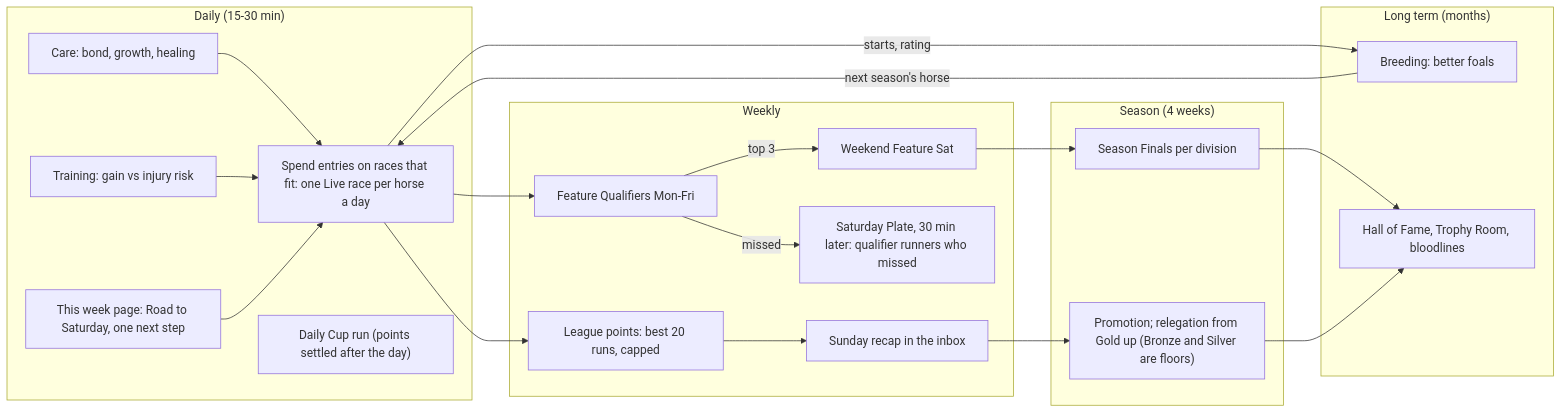
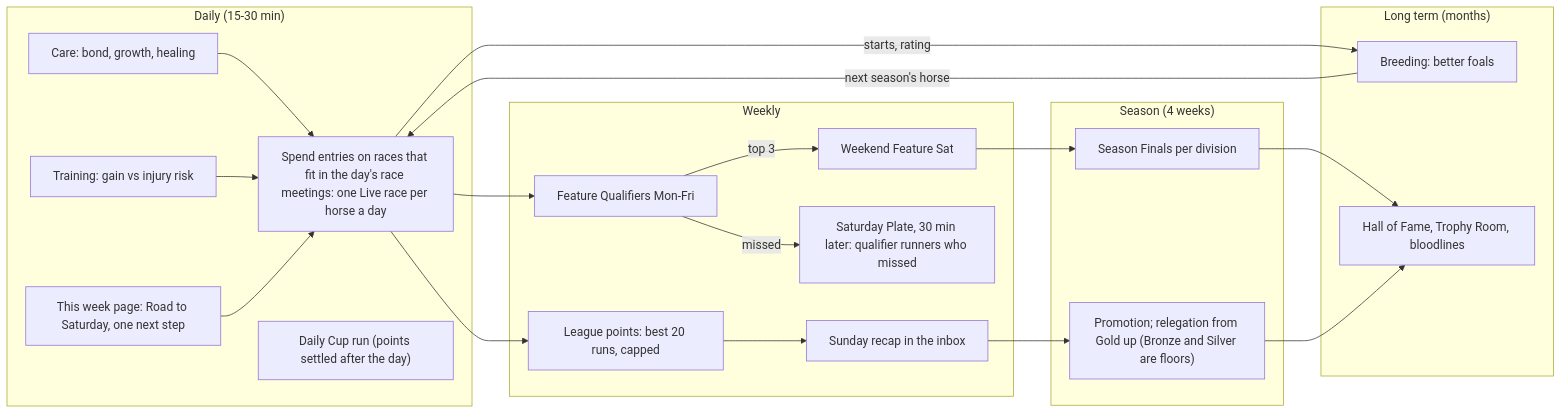
One commit to stephenclawdbot-png/ranch-game changed the first of 7 diagrams in docs/foundation/GAME-SYSTEMS.md. Above: the diagram before and after it, drawn with Mermaid. The commit also changed other lines of this file and 1 other file, not shown here.

First line of the commit message:
Docs: race meetings in KNOBS §1 and the systems map

````diff
--- a/docs/foundation/GAME-SYSTEMS.md
+++ b/docs/foundation/GAME-SYSTEMS.md
@@ -22,39 +22,39 @@
 ```mermaid
 flowchart LR
   subgraph D["Daily (15-30 min)"]
     care[Care: bond, growth, healing]
     train[Training: gain vs injury risk]
     week["This week page: Road to Saturday, one next step"]
-    enter["Spend entries on races that fit: one Live race per horse a day"]
+    enter["Spend entries on races that fit in the day's race meetings: one Live race per horse a day"]
     cup["Daily Cup run (points settled after the day)"]
   end
   subgraph W["Weekly"]
     lp["League points: best 20 runs, capped"]
     q[Feature Qualifiers Mon-Fri]
     wf[Weekend Feature Sat]
     plate["Saturday Plate, 30 min later: qualifier runners who missed"]
     recap[Sunday recap in the inbox]
   end
   subgraph S["Season (4 weeks)"]
     promo["Promotion; relegation from Gold up (Bronze and Silver are floors)"]
     final[Season Finals per division]
   end
   subgraph L["Long term (months)"]
     breed[Breeding: better foals]
     legacy[Hall of Fame, Trophy Room, bloodlines]
   end
   care --> enter
   train --> enter
   week --> enter
   enter --> lp
   enter --> q
   q -->|top 3| wf
   q -->|missed| plate
   lp --> recap
   recap --> promo
   wf --> final
   final --> legacy
   promo --> legacy
   enter -->|starts, rating| breed
   breed -->|next season's horse| enter
 ```
````
